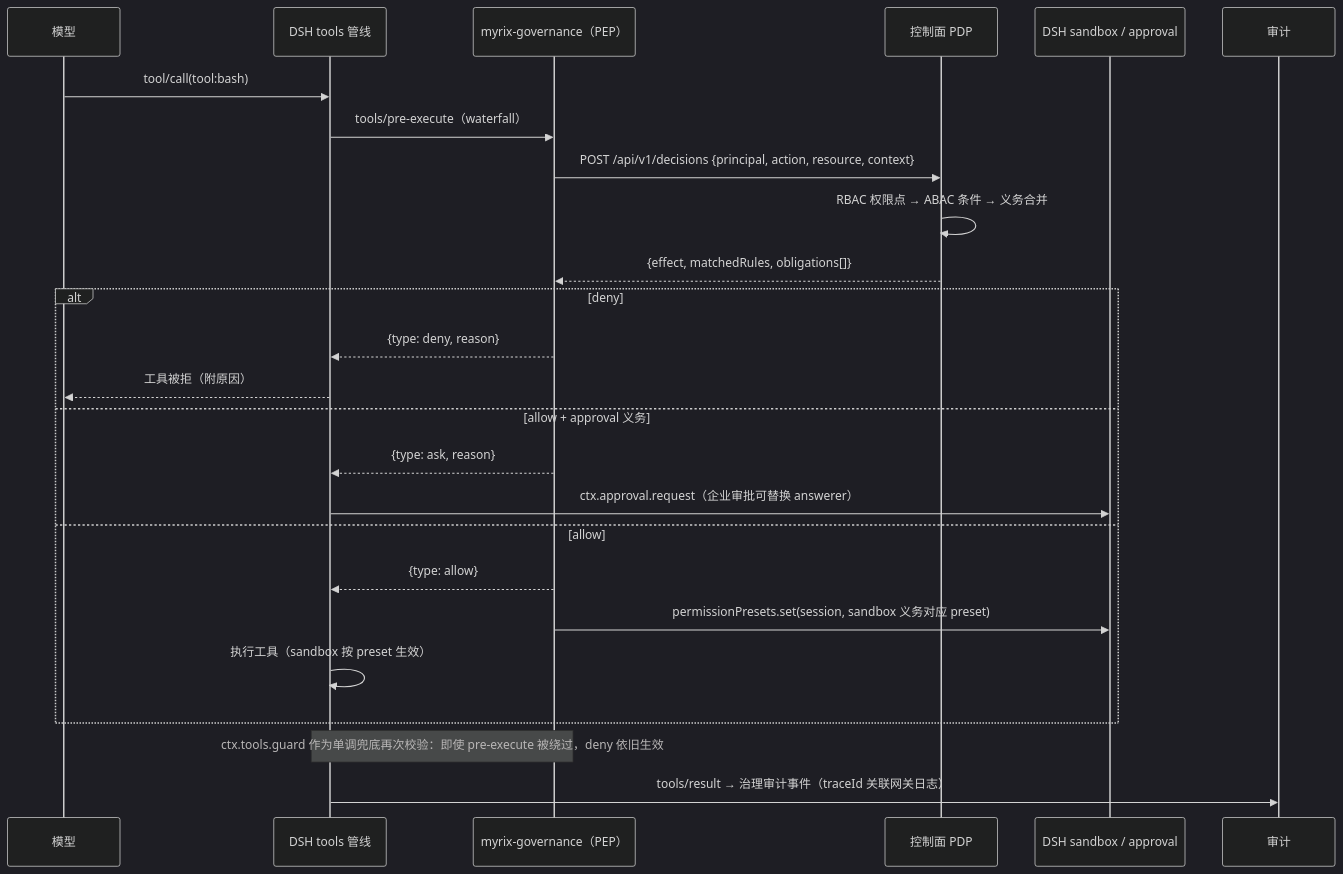
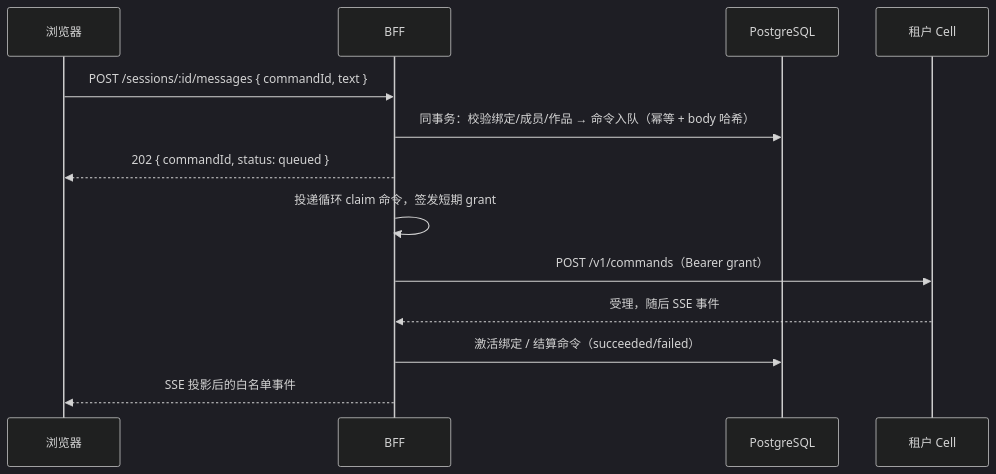
Before and after one commit to hewenyu/myrix: the second of 3 diagrams in docs/architecture.md, drawn with Mermaid (dark theme). The commit also changed other lines of this file and 75 other files, not shown here.

````diff
--- a/docs/architecture.md
+++ b/docs/architecture.md
@@ -40,28 +92,15 @@
 ```mermaid
 sequenceDiagram
-  participant M as 模型
-  participant T as DSH tools 管线
-  participant G as myrix-governance（PEP）
-  participant P as 控制面 PDP
-  participant S as DSH sandbox / approval
-  participant A as 审计
-
-  M->>T: tool/call(tool:bash)
-  T->>G: tools/pre-execute（waterfall）
-  G->>P: POST /api/v1/decisions {principal, action, resource, context}
-  P->>P: RBAC 权限点 → ABAC 条件 → 义务合并
-  P-->>G: {effect, matchedRules, obligations[]}
-  alt deny
-    G-->>T: {type: deny, reason}
-    T-->>M: 工具被拒（附原因）
-  else allow + approval 义务
-    G-->>T: {type: ask, reason}
-    T->>S: ctx.approval.request（企业审批可替换 answerer）
-  else allow
-    G-->>T: {type: allow}
-    G->>S: permissionPresets.set(session, sandbox 义务对应 preset)
-    T->>T: 执行工具（sandbox 按 preset 生效）
-  end
-  Note over G,T: ctx.tools.guard 作为单调兜底再次校验：即使 pre-execute 被绕过，deny 依旧生效
-  T->>A: tools/result → 治理审计事件（traceId 关联网关日志）
+  participant B as 浏览器
+  participant F as BFF
+  participant P as PostgreSQL
+  participant C as 租户 Cell
+  B->>F: POST /sessions/:id/messages { commandId, text }
+  F->>P: 同事务：校验绑定/成员/作品 → 命令入队（幂等 + body 哈希）
+  F-->>B: 202 { commandId, status: queued }
+  F->>F: 投递循环 claim 命令，签发短期 grant
+  F->>C: POST /v1/commands（Bearer grant）
+  C-->>F: 受理，随后 SSE 事件
+  F->>P: 激活绑定 / 结算命令（succeeded/failed）
+  F-->>B: SSE 投影后的白名单事件
 ```
````
